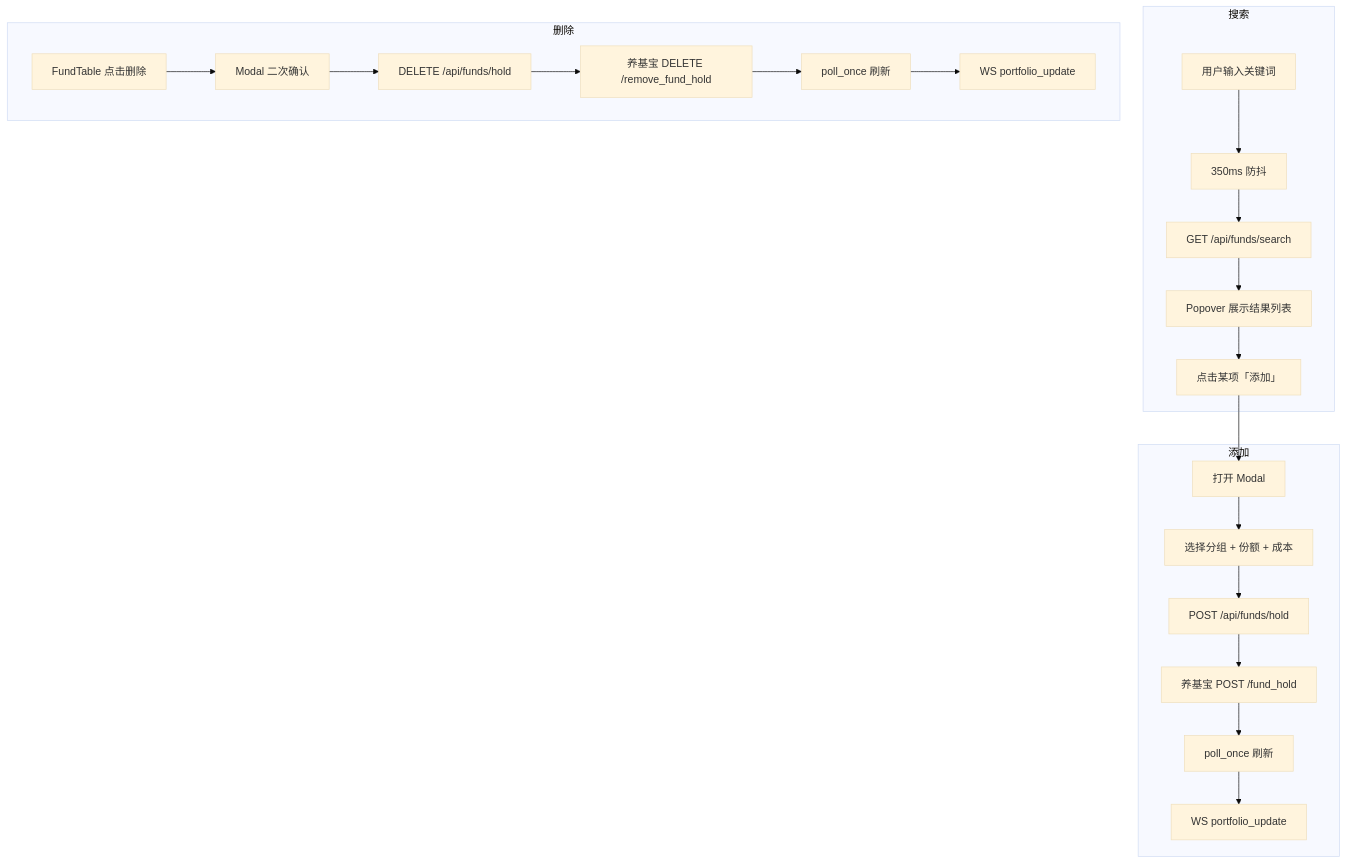
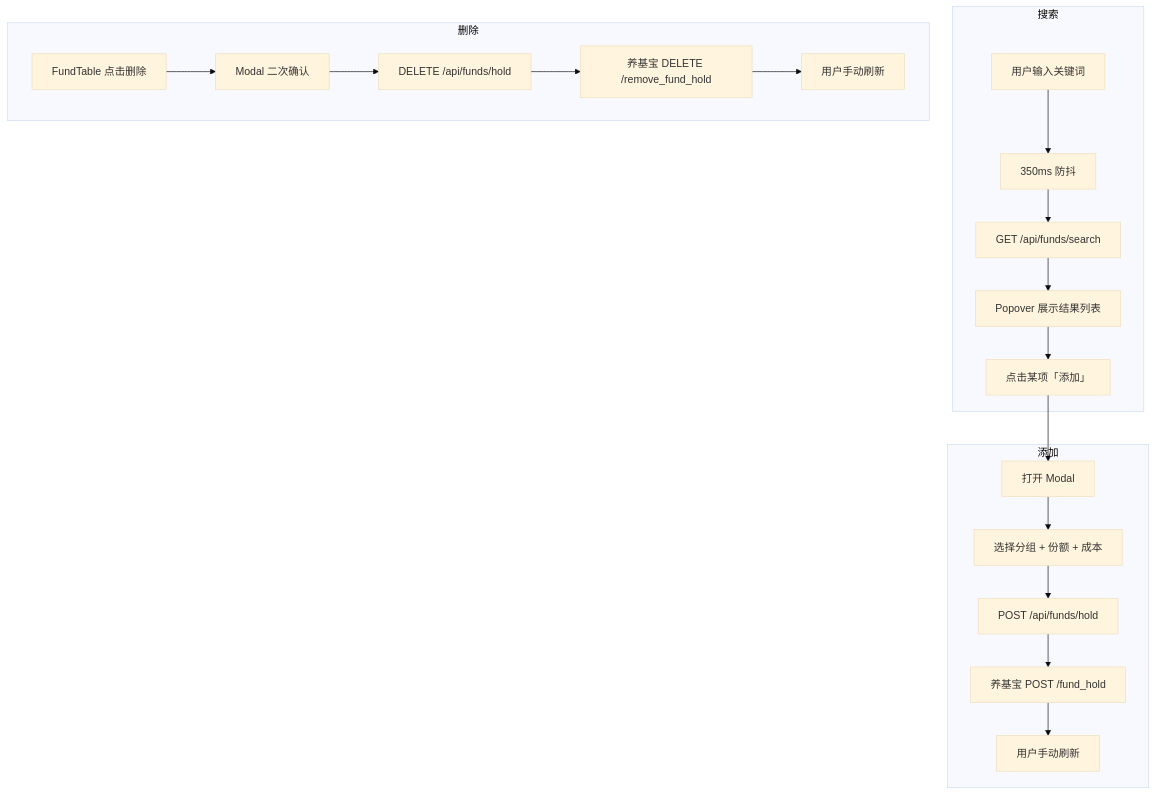
One commit to ChinaCarlos/fund-helper changed the sixth of 8 diagrams in TECH.md. Above: the diagram before and after it, drawn with Mermaid (base theme). The commit also changed other lines of this file and 64 other files, not shown here.

````diff
--- a/TECH.md
+++ b/TECH.md
@@ -1040,26 +1248,24 @@
 ```mermaid
 flowchart TD
     subgraph 搜索
         S1["用户输入关键词"] --> S2["350ms 防抖"]
         S2 --> S3["GET /api/funds/search"]
         S3 --> S4["Popover 展示结果列表"]
         S4 --> S5["点击某项「添加」"]
     end
 
     subgraph 添加
         S5 --> A1["打开 Modal"]
         A1 --> A2["选择分组 + 份额 + 成本"]
         A2 --> A3["POST /api/funds/hold"]
         A3 --> A4["养基宝 POST /fund_hold"]
-        A4 --> A5["poll_once 刷新"]
-        A5 --> A6["WS portfolio_update"]
+        A4 --> A5["用户手动刷新"]
     end
 
     subgraph 删除
         D1["FundTable 点击删除"] --> D2["Modal 二次确认"]
         D2 --> D3["DELETE /api/funds/hold"]
         D3 --> D4["养基宝 DELETE /remove_fund_hold"]
-        D4 --> D5["poll_once 刷新"]
-        D5 --> D6["WS portfolio_update"]
+        D4 --> D5["用户手动刷新"]
     end
 ```
````
